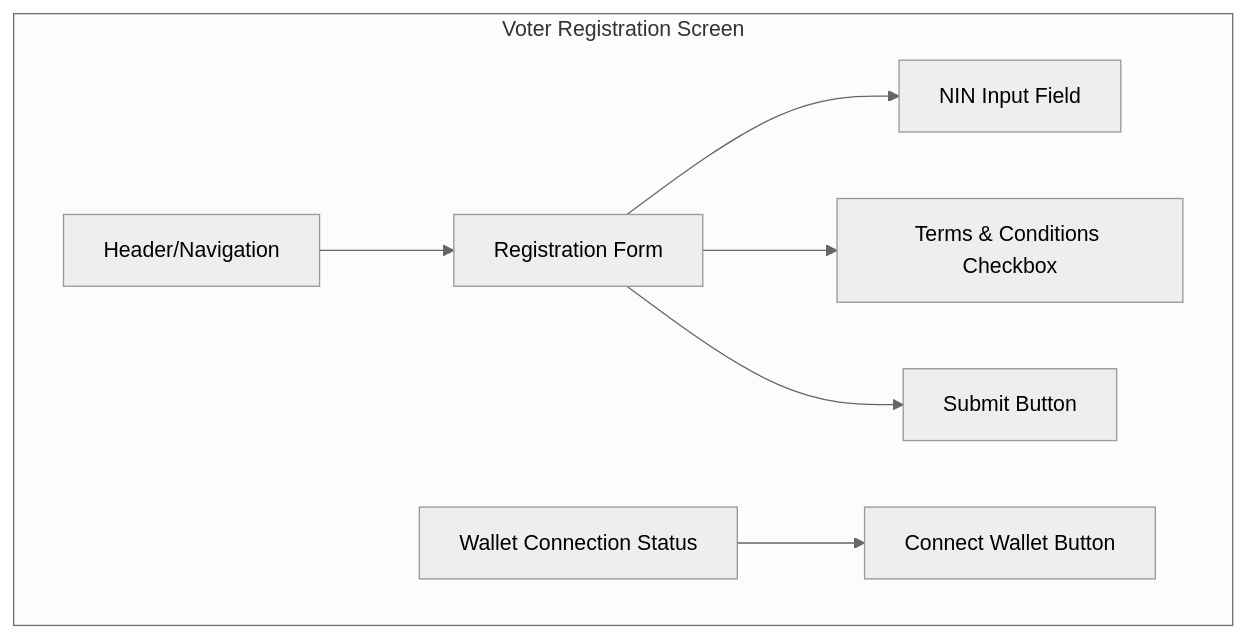
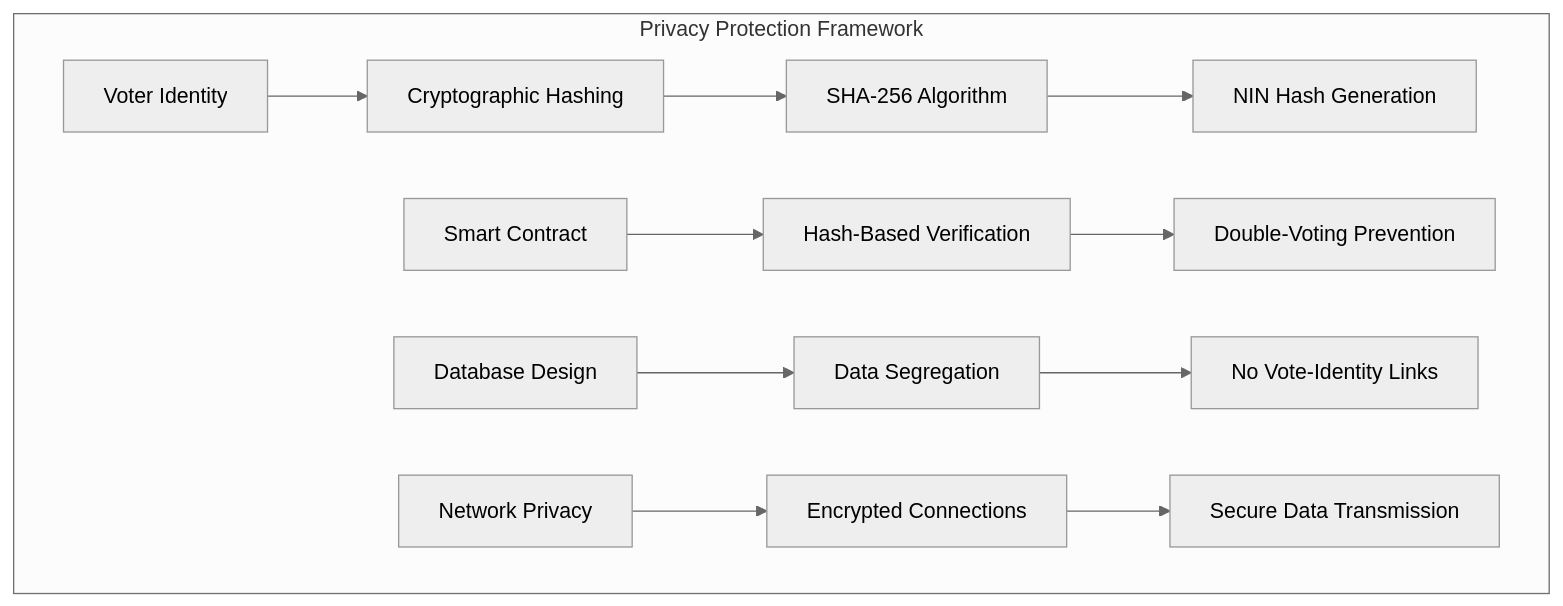
The fifth of 14 diagrams in chapter4.md (ojilenoah/blockvotezero), drawn with Mermaid (neutral theme) before and after one commit. The commit also changed other lines of this file, not shown here.

First line of the commit message:
Replace code examples in chapter4.md with MermaidJS diagrams to illustrate the voter registration flow, improving readability and clarity.

````diff
--- a/chapter4.md
+++ b/chapter4.md
@@ -542,10 +340,17 @@
 ```mermaid
 graph TD
-    subgraph Voter Registration Screen
-        A[Header/Navigation] --> B[Registration Form]
-        B --> C[NIN Input Field]
-        B --> D[Terms & Conditions Checkbox]
-        B --> E[Submit Button]
-        F[Wallet Connection Status] --> G[Connect Wallet Button]
+    subgraph "Privacy Protection Framework"
+        A[Voter Identity] --> B[Cryptographic Hashing]
+        B --> C[SHA-256 Algorithm]
+        C --> D[NIN Hash Generation]
+        
+        E[Smart Contract] --> F[Hash-Based Verification]
+        F --> G[Double-Voting Prevention]
+        
+        H[Database Design] --> I[Data Segregation]
+        I --> J[No Vote-Identity Links]
+        
+        K[Network Privacy] --> L[Encrypted Connections]
+        L --> M[Secure Data Transmission]
     end
 ```
````
